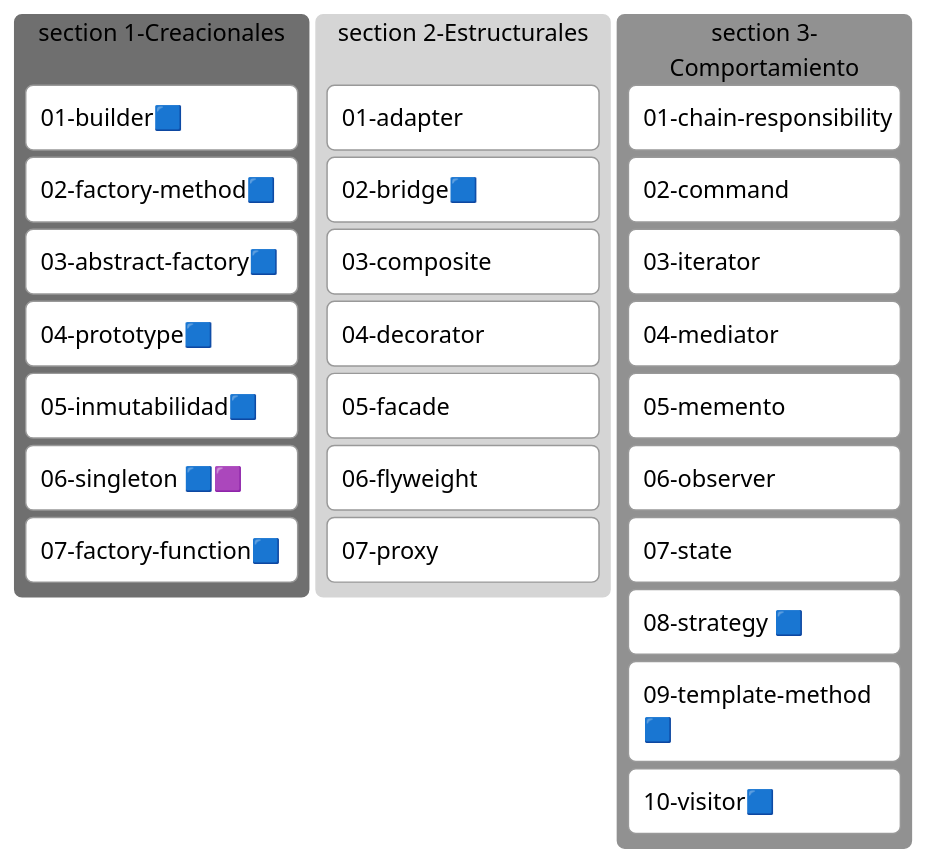
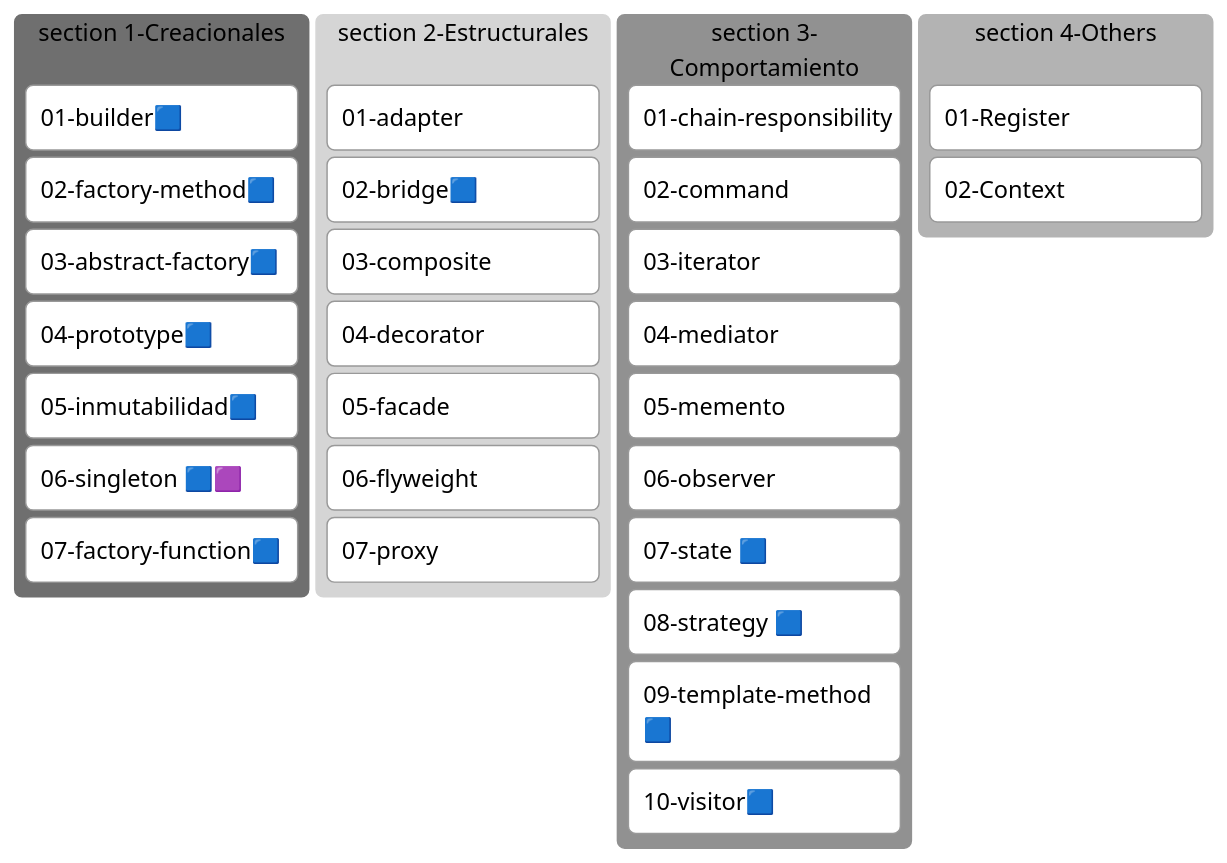
One commit to sdsanchezm/design-patterns-all changed the diagram in README.md. Above: the diagram before and after it, drawn with Mermaid (neutral theme). The commit also changed 4 other files, not shown here.

```diff
--- a/README.md
+++ b/README.md
@@ -7,32 +7,36 @@
 ~~~mermaid
 kanban
     section 1-Creacionales
       01-builder🟦
       02-factory-method🟦
       03-abstract-factory🟦
       04-prototype🟦
       05-inmutabilidad🟦
       06-singleton 🟦🟪
       07-factory-function🟦
 
     section 2-Estructurales
       01-adapter
       02-bridge🟦
       03-composite
       04-decorator
       05-facade
       06-flyweight
       07-proxy
 
     section 3-Comportamiento
       01-chain-responsibility
       02-command
       03-iterator
       04-mediator
       05-memento
       06-observer
-      07-state
+      07-state 🟦
       08-strategy 🟦
       09-template-method🟦
       10-visitor🟦
+
+    section 4-Others
+      01-Register
+      02-Context
 ~~~
```
